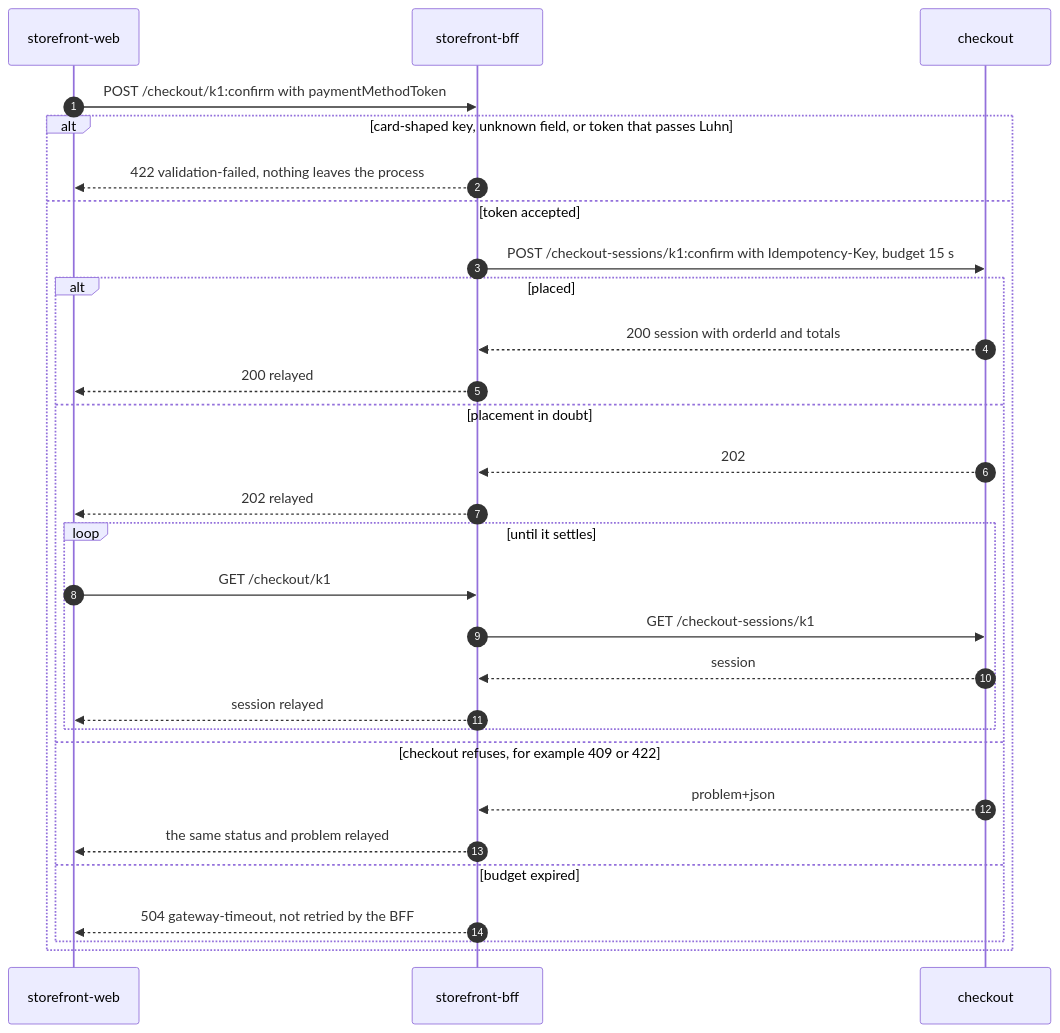
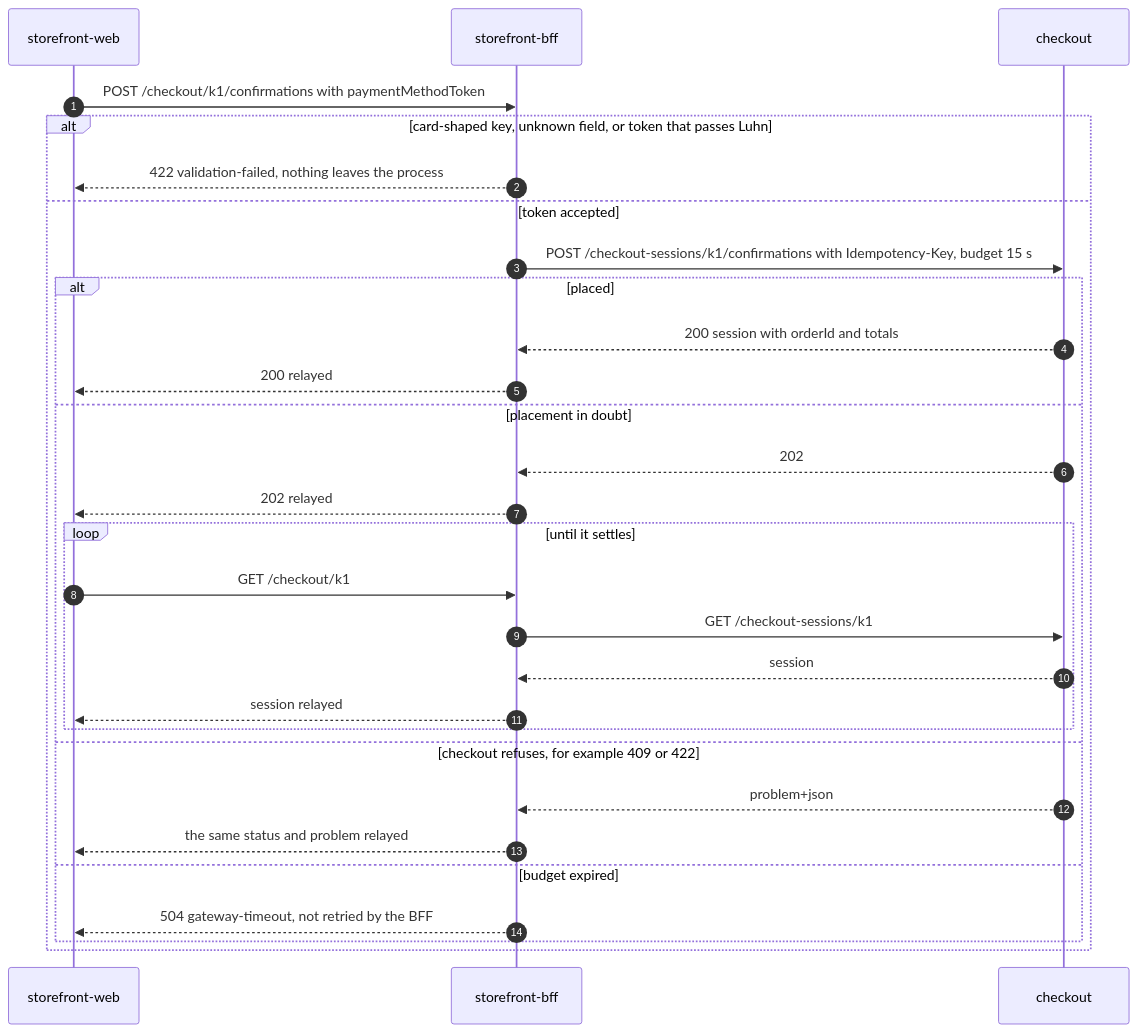
Before and after one commit to IQVO/storefront-bff: the third of 4 diagrams in docs/docs/ddd/sequence-diagrams.md, drawn with Mermaid. The commit also changed other lines of this file and 17 other files, not shown here.

Commit message:
docs: ADR 0006 adopt the fleet REST API guideline; new routes and Idempotency-Key in README and docs

````diff
--- a/docs/docs/ddd/sequence-diagrams.md
+++ b/docs/docs/ddd/sequence-diagrams.md
@@ -85,31 +85,31 @@
 ```mermaid
 sequenceDiagram
     autonumber
     participant W as storefront-web
     participant B as storefront-bff
     participant K as checkout
-    W->>B: POST /checkout/k1:confirm with paymentMethodToken
+    W->>B: POST /checkout/k1/confirmations with paymentMethodToken
     alt card-shaped key, unknown field, or token that passes Luhn
         B-->>W: 422 validation-failed, nothing leaves the process
     else token accepted
-        B->>K: POST /checkout-sessions/k1:confirm with Idempotency-Key, budget 15 s
+        B->>K: POST /checkout-sessions/k1/confirmations with Idempotency-Key, budget 15 s
         alt placed
             K-->>B: 200 session with orderId and totals
             B-->>W: 200 relayed
         else placement in doubt
             K-->>B: 202
             B-->>W: 202 relayed
             loop until it settles
                 W->>B: GET /checkout/k1
                 B->>K: GET /checkout-sessions/k1
                 K-->>B: session
                 B-->>W: session relayed
             end
         else checkout refuses, for example 409 or 422
             K-->>B: problem+json
             B-->>W: the same status and problem relayed
         else budget expired
             B-->>W: 504 gateway-timeout, not retried by the BFF
         end
     end
 ```
````
